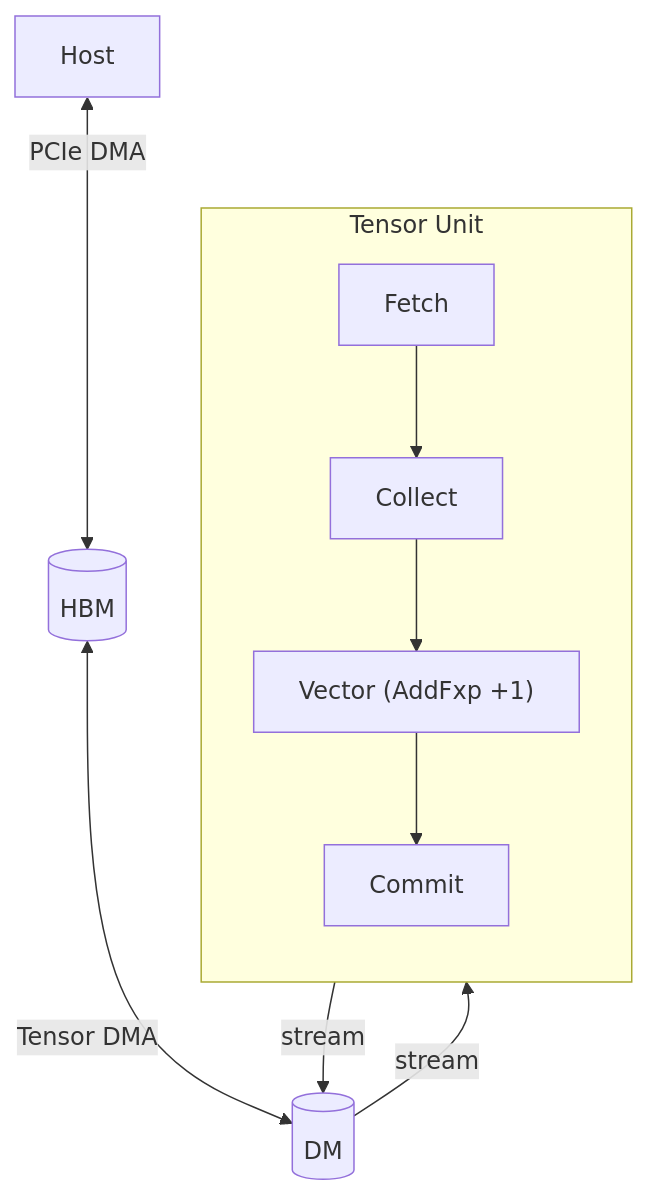
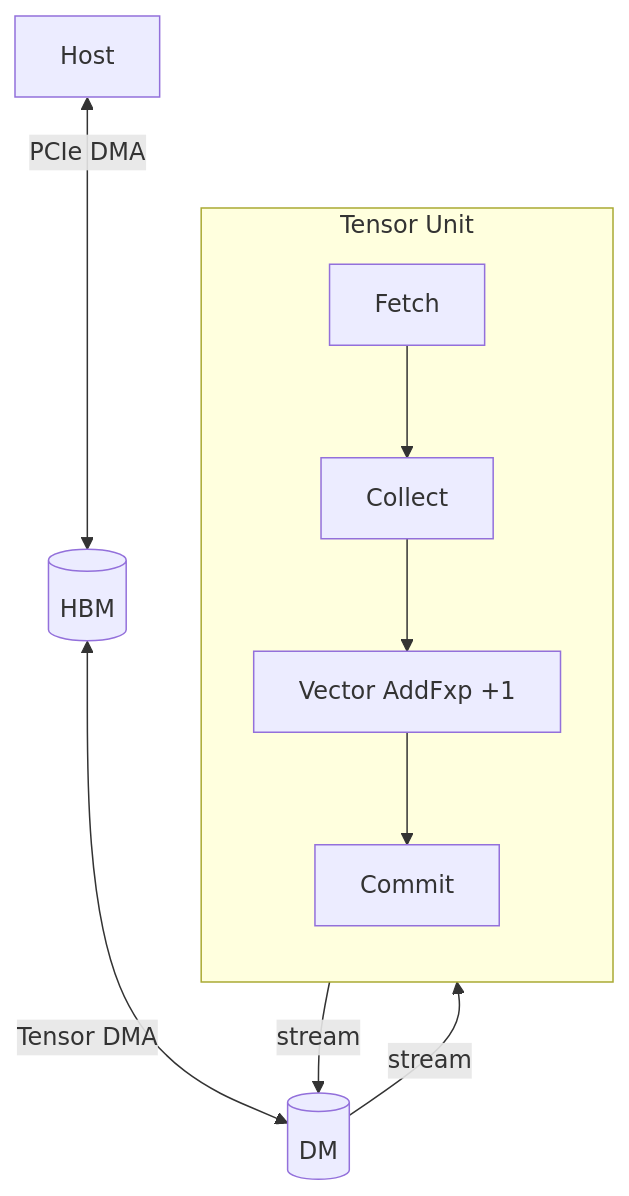
Before and after one commit to furiosa-ai/furiosa-opt-preview: the first of 2 diagrams in docs/src/quick-start.md, drawn with Mermaid. The commit also changed other lines of this file and 47 other files, not shown here.

````diff
--- a/docs/src/quick-start.md
+++ b/docs/src/quick-start.md
@@ -116,13 +75,13 @@
 ```mermaid
 flowchart TB
     HOST[Host] <-->|PCIe DMA| HBM[(HBM)]
     HBM <-->|Tensor DMA| DM[(DM)]
 
     subgraph TU[Tensor Unit]
         direction TB
-        FE[Fetch] --> CO[Collect] --> VE["Vector (AddFxp +1)"] --> CM[Commit]
+        FE[Fetch] --> CO[Collect] --> VE["Vector AddFxp +1"] --> CM[Commit]
     end
 
     DM -->|stream| FE
     CM -->|stream| DM
 ```
````
